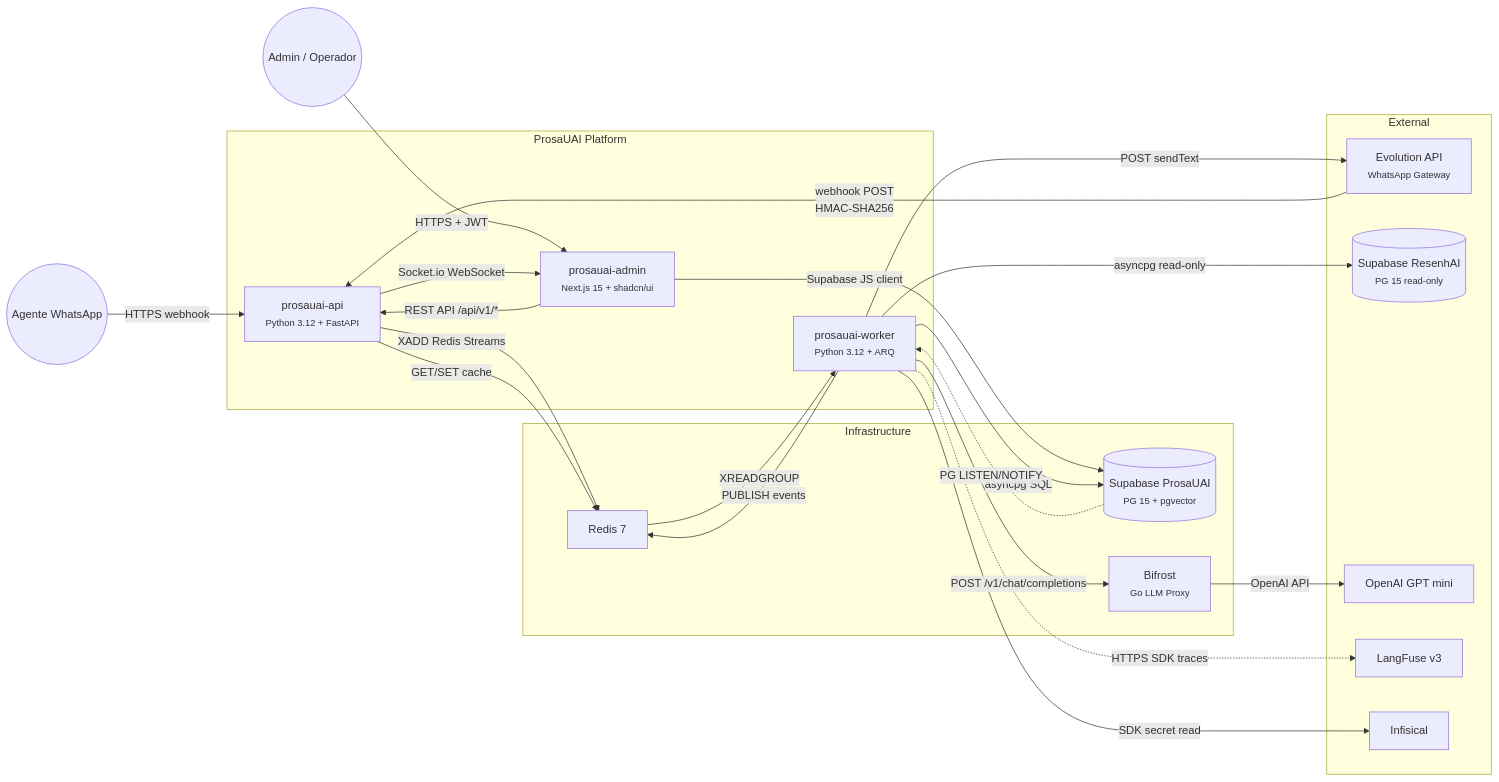
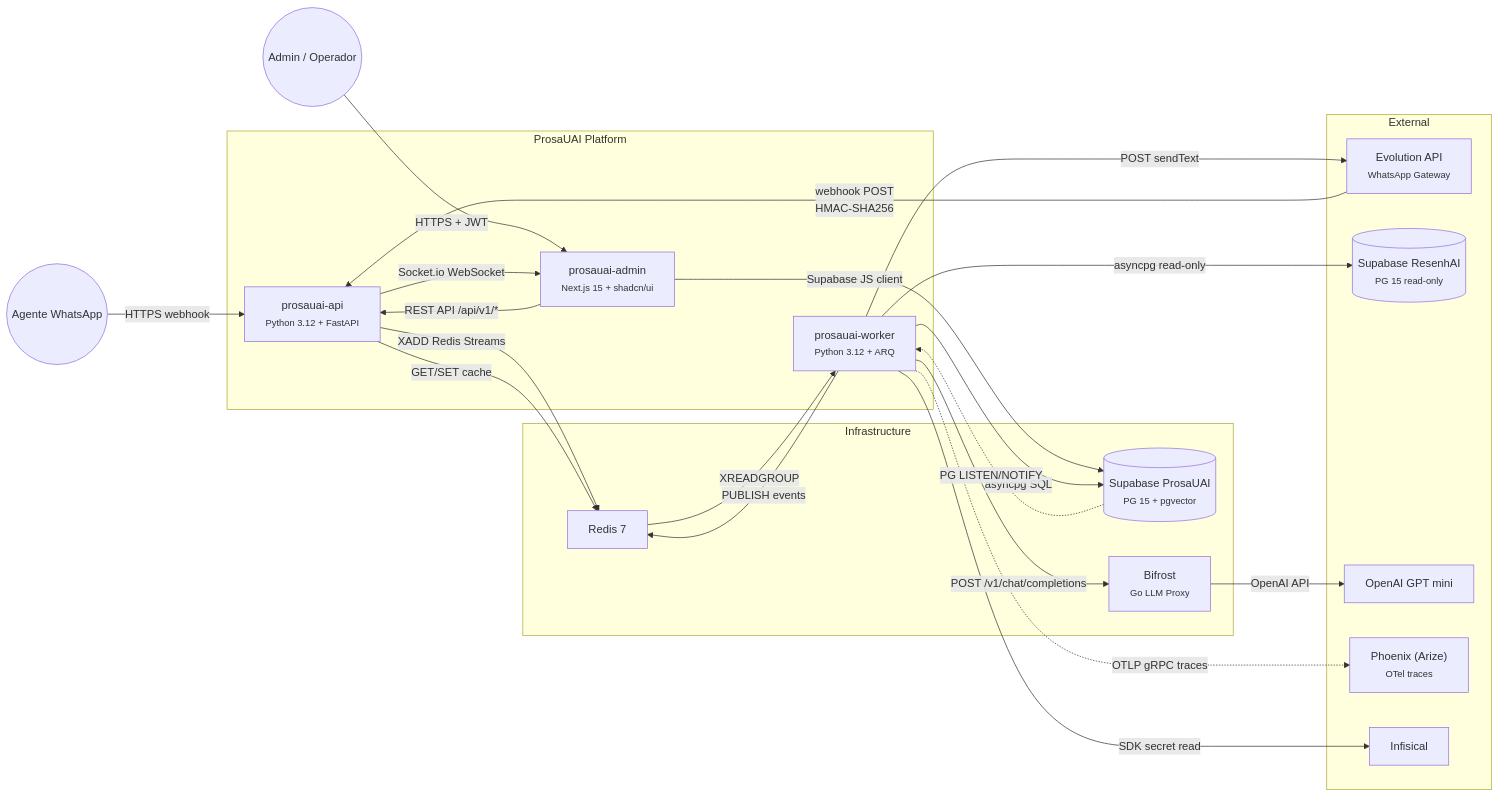
The first of 4 diagrams in platforms/prosauai/engineering/blueprint.md (paceautomations/madruga.ai), drawn with Mermaid before and after one commit. The commit also changed other lines of this file and 9 other files, not shown here.

````diff
--- a/platforms/prosauai/engineering/blueprint.md
+++ b/platforms/prosauai/engineering/blueprint.md
@@ -39,57 +39,57 @@
 ```mermaid
 graph LR
     %% Actors
     agent(("Agente WhatsApp"))
     admin_user(("Admin / Operador"))
 
     %% Platform
     subgraph prosauai ["ProsaUAI Platform"]
         prosauai-api["prosauai-api<br/><small>Python 3.12 + FastAPI</small>"]
         prosauai-worker["prosauai-worker<br/><small>Python 3.12 + ARQ</small>"]
         prosauai-admin["prosauai-admin<br/><small>Next.js 15 + shadcn/ui</small>"]
     end
 
     %% Infrastructure
     subgraph infra ["Infrastructure"]
         redis["Redis 7"]
         supabase-prosauai[("Supabase ProsaUAI<br/><small>PG 15 + pgvector</small>")]
         bifrost["Bifrost<br/><small>Go LLM Proxy</small>"]
     end
 
     %% External Services
     subgraph external ["External"]
         evolution-api["Evolution API<br/><small>WhatsApp Gateway</small>"]
         supabase-resenhai[("Supabase ResenhAI<br/><small>PG 15 read-only</small>")]
         openai-gpt-mini["OpenAI GPT mini"]
-        langfuse["LangFuse v3"]
+        phoenix-ext["Phoenix (Arize)<br/><small>OTel traces</small>"]
         infisical["Infisical"]
     end
 
     %% Actor connections
     agent -- "HTTPS webhook" --> prosauai-api
     admin_user -- "HTTPS + JWT" --> prosauai-admin
     evolution-api -- "webhook POST<br/>HMAC-SHA256" --> prosauai-api
 
     %% Internal platform flows
     prosauai-api -- "XADD Redis Streams" --> redis
     prosauai-api -- "GET/SET cache" --> redis
     prosauai-api -- "Socket.io WebSocket" --> prosauai-admin
     prosauai-admin -- "REST API /api/v1/*" --> prosauai-api
     prosauai-admin -- "Supabase JS client" --> supabase-prosauai
     redis -- "XREADGROUP" --> prosauai-worker
     prosauai-worker -- "PUBLISH events" --> redis
 
     %% Worker → Infrastructure
     prosauai-worker -- "asyncpg SQL" --> supabase-prosauai
     supabase-prosauai -. "PG LISTEN/NOTIFY" .-> prosauai-worker
     prosauai-worker -- "POST /v1/chat/completions" --> bifrost
 
     %% Worker → External
     prosauai-worker -- "POST sendText" --> evolution-api
     prosauai-worker -- "asyncpg read-only" --> supabase-resenhai
-    prosauai-worker -. "HTTPS SDK traces" .-> langfuse
+    prosauai-worker -. "OTLP gRPC traces" .-> phoenix-ext
     prosauai-worker -- "SDK secret read" --> infisical
 
     %% Bifrost → LLMs
     bifrost -- "OpenAI API" --> openai-gpt-mini
 ```
````
